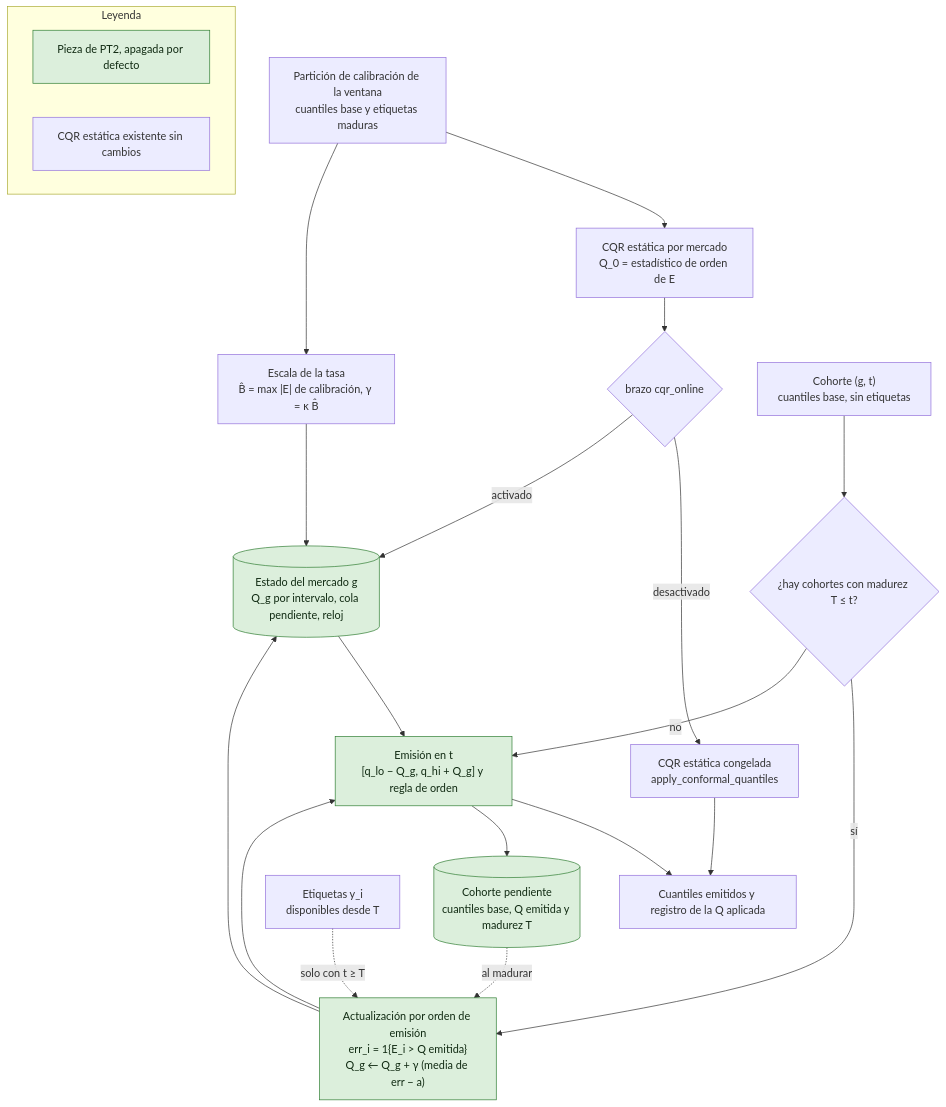
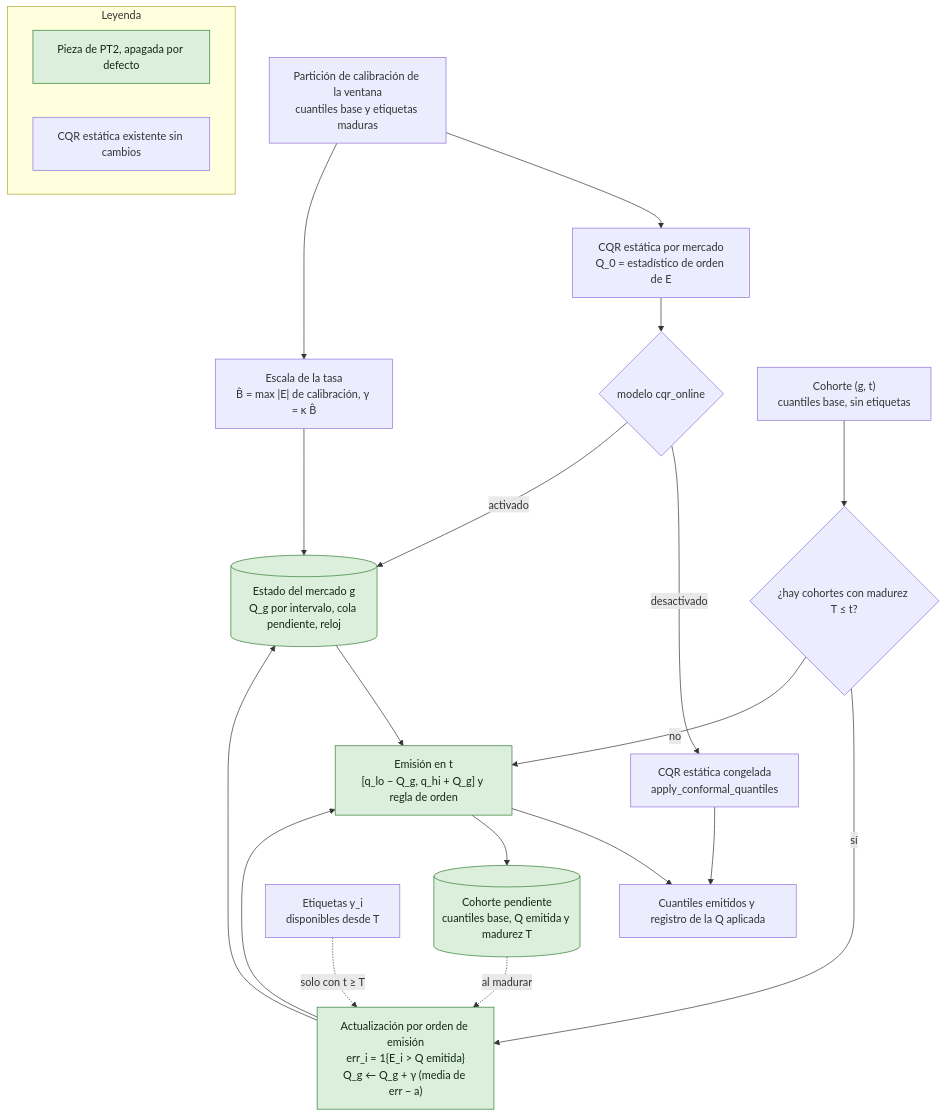
One commit to GonxKZ/mars-titan changed the diagram in docs/engineering/online-conformal-calibration.md. Above: the diagram before and after it, drawn with Mermaid. The commit also changed other lines of this file and 232 other files, not shown here.

````diff
--- a/docs/engineering/online-conformal-calibration.md
+++ b/docs/engineering/online-conformal-calibration.md
@@ -13,37 +13,37 @@
 ```mermaid
 flowchart TD
     CALROWS["Partición de calibración de la ventana<br/>cuantiles base y etiquetas maduras"]
     STATIC["CQR estática por mercado<br/>Q_0 = estadístico de orden de E"]
     SCALE["Escala de la tasa<br/>B̂ = max |E| de calibración, γ = κ B̂"]
-    SW{"brazo cqr_online"}
+    SW{"modelo cqr_online"}
     FROZEN["CQR estática congelada<br/>apply_conformal_quantiles"]
     ST[("Estado del mercado g<br/>Q_g por intervalo, cola pendiente, reloj")]:::pt2
     COH["Cohorte (g, t)<br/>cuantiles base, sin etiquetas"]
     MAT{"¿hay cohortes con madurez T ≤ t?"}
     UPD["Actualización por orden de emisión<br/>err_i = 1{E_i > Q emitida}<br/>Q_g ← Q_g + γ (media de err − a)"]:::pt2
     EMIT["Emisión en t<br/>[q_lo − Q_g, q_hi + Q_g] y regla de orden"]:::pt2
     PEND[("Cohorte pendiente<br/>cuantiles base, Q emitida y madurez T")]:::pt2
     OUT["Cuantiles emitidos y registro de la Q aplicada"]
     LAB["Etiquetas y_i<br/>disponibles desde T"]
 
     CALROWS --> STATIC --> SW
     CALROWS --> SCALE
     SW -- desactivado --> FROZEN --> OUT
     SW -- activado --> ST
     SCALE --> ST
     COH --> MAT
     MAT -- sí --> UPD --> ST
     MAT -- no --> EMIT
     UPD --> EMIT
     ST --> EMIT --> OUT
     EMIT --> PEND
     PEND -. al madurar .-> UPD
     LAB -. solo con t ≥ T .-> UPD
 
     subgraph LEY["Leyenda"]
         L1["Pieza de PT2, apagada por defecto"]:::pt2
         L2["CQR estática existente sin cambios"]
     end
 
     classDef pt2 fill:#dcefdc,stroke:#2e7d32,color:#102a12
 ```
````
